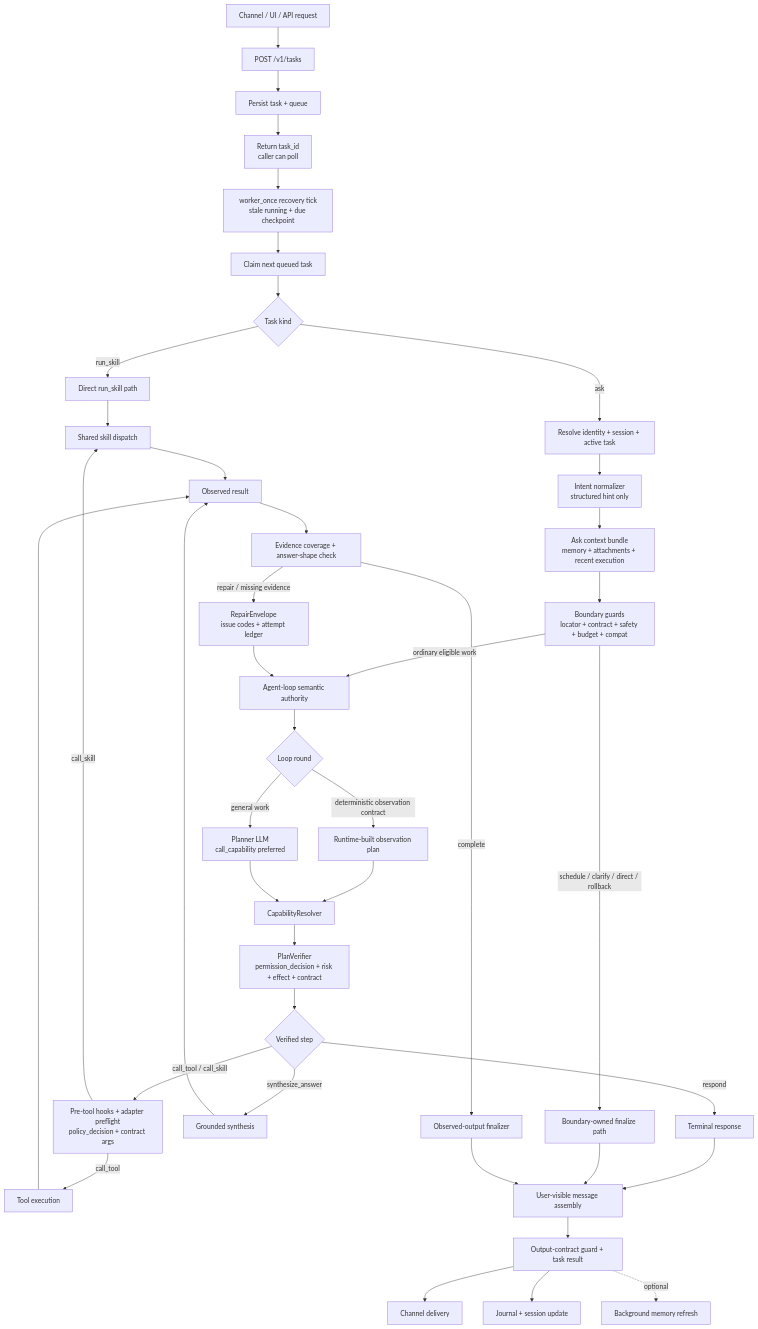
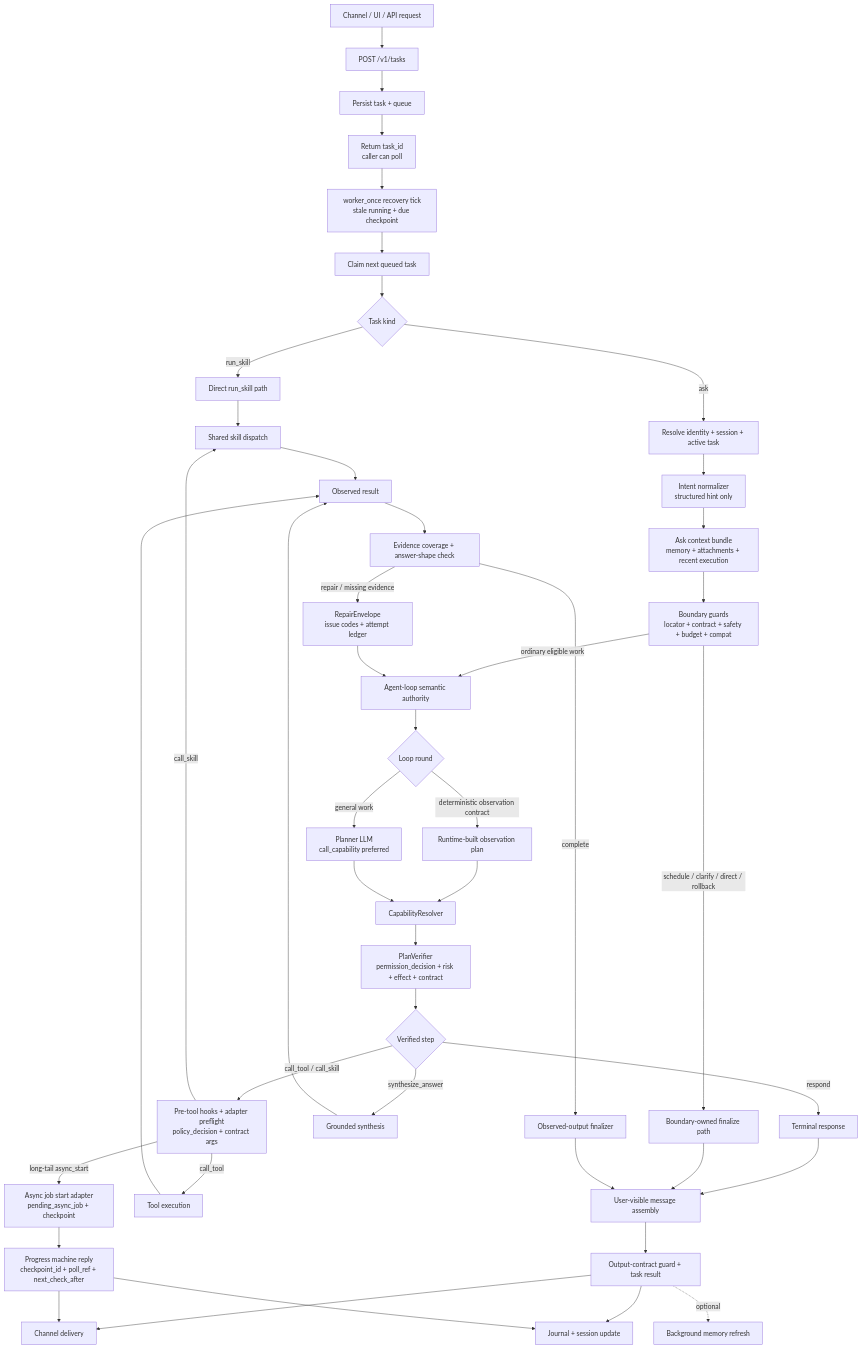
Before and after one commit to MatrixCoreX/RustClaw: the first of 3 diagrams in README.md, drawn with Mermaid. The commit also changed other lines of this file and 1 other file, not shown here.

Commit message:
Update agent loop async flow docs

````diff
--- a/README.md
+++ b/README.md
@@ -28,43 +28,47 @@
 ```mermaid
 flowchart TD
     A[Channel / UI / API request] --> B[POST /v1/tasks]
     B --> C[Persist task + queue]
     C --> D[Return task_id<br/>caller can poll]
     D --> E0[worker_once recovery tick<br/>stale running + due checkpoint]
     E0 --> E1[Claim next queued task]
     E1 --> E{Task kind}
     E -->|run_skill| RS[Direct run_skill path]
     E -->|ask| F[Resolve identity + session + active task]
     F --> G[Intent normalizer<br/>structured hint only]
     G --> H[Ask context bundle<br/>memory + attachments + recent execution]
     H --> I[Boundary guards<br/>locator + contract + safety + budget + compat]
     I -->|ordinary eligible work| J[Agent-loop semantic authority]
     I -->|schedule / clarify / direct / rollback| K[Boundary-owned finalize path]
     J --> L{Loop round}
     L -->|deterministic observation contract| M[Runtime-built observation plan]
     L -->|general work| N[Planner LLM<br/>call_capability preferred]
     M --> O[CapabilityResolver]
     N --> O
     O --> P[PlanVerifier<br/>permission_decision + risk + effect + contract]
     P --> Q{Verified step}
     Q -->|respond| R[Terminal response]
     Q -->|synthesize_answer| S[Grounded synthesis]
     Q -->|call_tool / call_skill| QP[Pre-tool hooks + adapter preflight<br/>policy_decision + contract args]
+    QP -->|long-tail async_start| AS[Async job start adapter<br/>pending_async_job + checkpoint]
+    AS --> ASP[Progress machine reply<br/>checkpoint_id + poll_ref + next_check_after]
     QP -->|call_tool| T[Tool execution]
     QP -->|call_skill| U[Shared skill dispatch]
     RS --> U
     T --> V[Observed result]
     U --> V
     S --> V
     V --> W[Evidence coverage + answer-shape check]
     W -->|repair / missing evidence| WR[RepairEnvelope<br/>issue codes + attempt ledger]
     WR --> J
     W -->|complete| X[Observed-output finalizer]
     R --> Y[User-visible message assembly]
     K --> Y
     X --> Y
     Y --> Z[Output-contract guard + task result]
     Z --> AA[Channel delivery]
     Z --> AB[Journal + session update]
+    ASP --> AA
+    ASP --> AB
     Z -. optional .-> AC[Background memory refresh]
 ```
````
